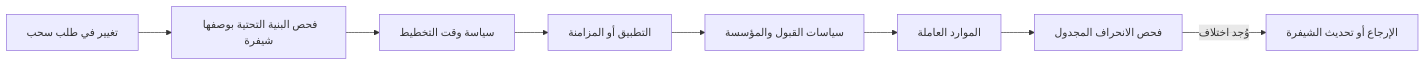
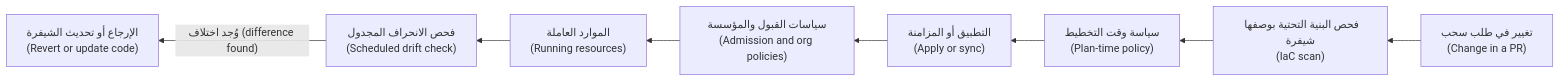
The third of 3 diagrams in cloud/modules/03-iac.ar.md (Tamoura/system-design-for-vibe-coders), drawn with Mermaid before and after one commit. The commit also changed other lines of this file and 20 other files, not shown here.

First line of the commit message:
New courses: Arabic diagrams read right-to-left with English labels (modules 0–6)

````diff
--- a/cloud/modules/03-iac.ar.md
+++ b/cloud/modules/03-iac.ar.md
@@ -626,10 +626,10 @@
 ```mermaid
-flowchart LR
-    A["تغيير في طلب سحب"] --> B["فحص البنية التحتية بوصفها شيفرة"]
-    B --> C["سياسة وقت التخطيط"]
-    C --> D["التطبيق أو المزامنة"]
-    D --> E["سياسات القبول والمؤسسة"]
-    E --> F["الموارد العاملة"]
-    F --> G["فحص الانحراف المجدول"]
-    G -->|"وُجد اختلاف"| H["الإرجاع أو تحديث الشيفرة"]
+flowchart RL
+    A["تغيير في طلب سحب<br/>(Change in a PR)"] --> B["فحص البنية التحتية بوصفها شيفرة<br/>(IaC scan)"]
+    B --> C["سياسة وقت التخطيط<br/>(Plan-time policy)"]
+    C --> D["التطبيق أو المزامنة<br/>(Apply or sync)"]
+    D --> E["سياسات القبول والمؤسسة<br/>(Admission and org policies)"]
+    E --> F["الموارد العاملة<br/>(Running resources)"]
+    F --> G["فحص الانحراف المجدول<br/>(Scheduled drift check)"]
+    G -->|"وُجد اختلاف (difference found)"| H["الإرجاع أو تحديث الشيفرة<br/>(Revert or update code)"]
 ```
````
